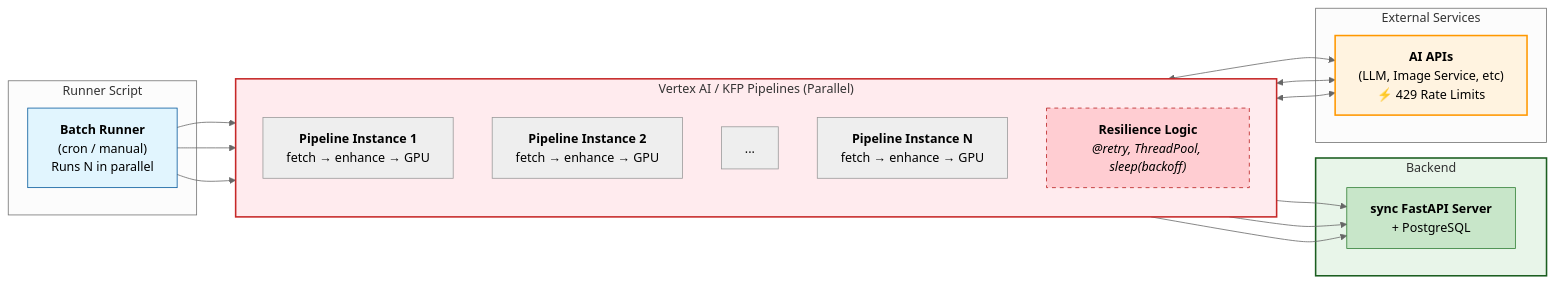
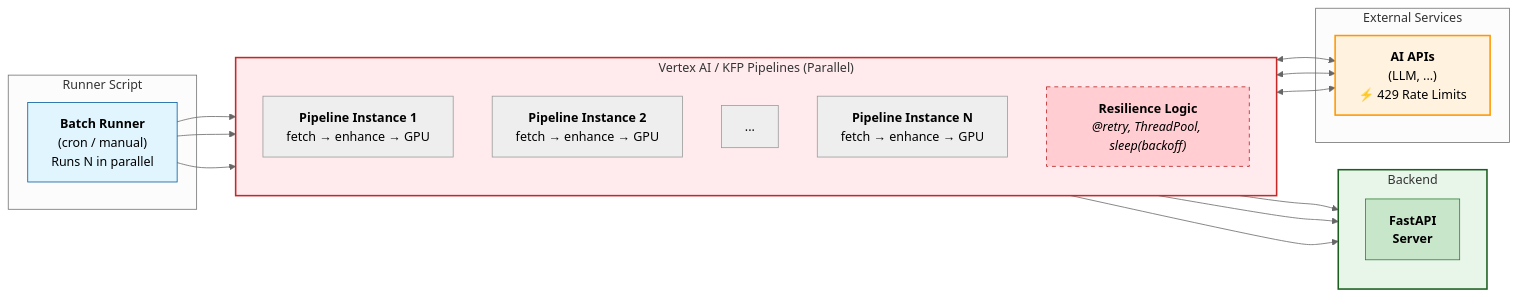
One commit to deliveryhero/asya changed the diagram in docs/diagrams/kubecon-slide-stage1-architecture.mmd. Above: the diagram before and after it, drawn with Mermaid (neutral theme). The commit also changed 1 other file, not shown here.

```diff
--- a/docs/diagrams/kubecon-slide-stage1-architecture.mmd
+++ b/docs/diagrams/kubecon-slide-stage1-architecture.mmd
@@ -1,47 +1,51 @@
 graph LR
     %% Left Zone: Runner
     subgraph Runner ["Runner Script"]
-    RS["<b>Batch Runner</b><br/>(cron / manual)<br/>Runs N in parallel"]
+        RS["<b>Batch Runner</b><br/>(cron / manual)<br/>Runs N in parallel"]
     end
 
     %% Middle Zone: Fan out to Parallel Pipelines
     subgraph KFP ["Vertex AI / KFP Pipelines (Parallel)"]
-    direction TB
-    P1["<b>Pipeline Instance 1</b><br/>fetch → enhance → GPU"]
-    P2["<b>Pipeline Instance 2</b><br/>fetch → enhance → GPU"]
-    P_dots["..."]
-    PN["<b>Pipeline Instance N</b><br/>fetch → enhance → GPU"]
+        direction TB
+        P1["<b>Pipeline Instance 1</b><br/>fetch → enhance → GPU"]
+        P2["<b>Pipeline Instance 2</b><br/>fetch → enhance → GPU"]
+        P_dots["..."]
+        PN["<b>Pipeline Instance N</b><br/>fetch → enhance → GPU"]
 
-    Logic["<b>Resilience Logic</b><br/><i>@retry, ThreadPool, sleep(backoff)</i>"]
+        Logic["<b>Resilience Logic</b><br/><i>@retry, ThreadPool, sleep(backoff)</i>"]
     end
 
     %% Right Zone: Backend
     subgraph Backend ["Backend"]
-    BE["<b>sync FastAPI Server</b><br/>+ PostgreSQL"]
+        direction TB
+        BE["<b>FastAPI<br/>Server</b>"]
+        %% DB[("<b>PostgreSQL</b>")]
+        %% BE <--> DB
     end
 
     %% External AI block
     subgraph External ["External Services"]
-    AI["<b>AI APIs</b><br/>(LLM, Image Service, etc)<br/>⚡ 429 Rate Limits"]
+        AI["<b>AI APIs</b><br/>(LLM, ...)<br/>⚡ 429 Rate Limits"]
     end
 
     %% Connections
     RS --> P1
     RS --> P2
     RS --> PN
 
     P1 <--> AI
     P2 <--> AI
     PN <--> AI
 
     P1 --> BE
     P2 --> BE
     PN --> BE
 
     %% Styling
     style AI fill:#fff3e0,stroke:#ff9800,stroke-width:2px
     style RS fill:#e1f5fe,stroke:#01579b
     style KFP fill:#ffebee,stroke:#c62828,stroke-width:2px
     style Logic fill:#ffcdd2,stroke:#b71c1c,stroke-width:1px,stroke-dasharray: 5 5
     style Backend fill:#e8f5e9,stroke:#1b5e20,stroke-width:2px
     style BE fill:#c8e6c9,stroke:#2e7d32
+    %% style DB fill:#bbdefb,stroke:#1565c0,stroke-width:2px
```
